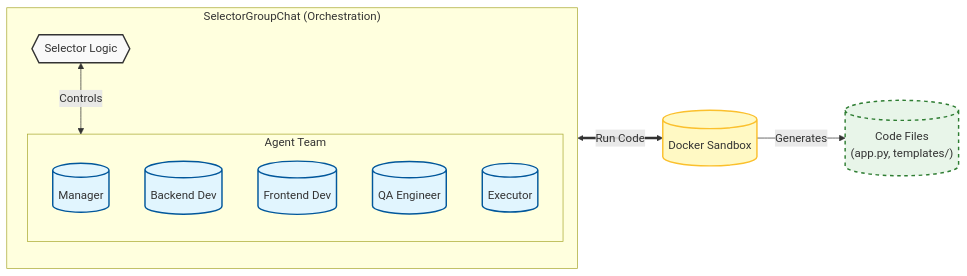
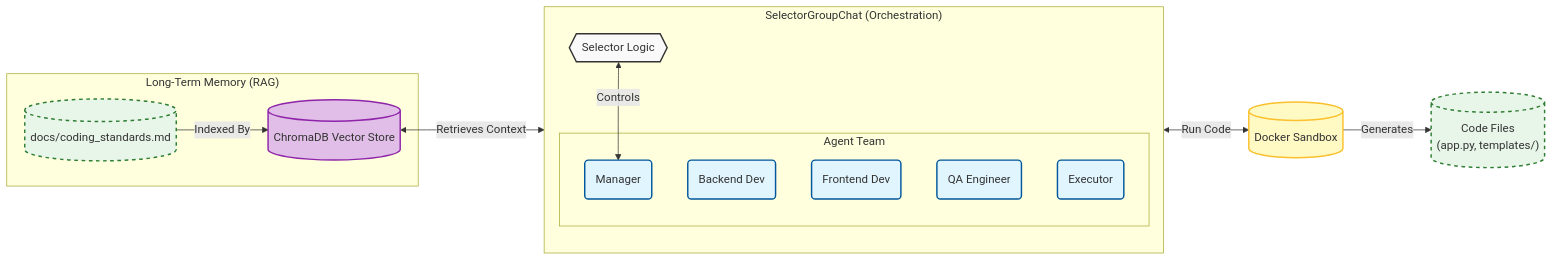
Before and after one commit to anandn1/agentic-devops-sandbox: the diagram in README.md, drawn with Mermaid. The commit also changed other lines of this file, not shown here.

Commit message:
docs: Update README to reflect RAG integration and new Architecture

````diff
--- a/README.md
+++ b/README.md
@@ -17,33 +17,47 @@
 ```mermaid
-    graph LR
-        %% Styles
-        classDef hub fill:#f9f9f9,stroke:#333,stroke-width:2px;
-        classDef agent fill:#e1f5fe,stroke:#01579b,stroke-width:2px;
-        classDef box fill:#fff9c4,stroke:#fbc02d,stroke-width:2px;
-        classDef file fill:#e8f5e9,stroke:#2e7d32,stroke-width:2px,stroke-dasharray: 5 5;
+graph LR
+    %% Styles
+    classDef hub fill:#f9f9f9,stroke:#333,stroke-width:2px;
+    classDef agent fill:#e1f5fe,stroke:#01579b,stroke-width:2px;
+    classDef box fill:#fff9c4,stroke:#fbc02d,stroke-width:2px;
+    classDef db fill:#e1bee7,stroke:#8e24aa,stroke-width:2px;
+    classDef file fill:#e8f5e9,stroke:#2e7d32,stroke-width:2px,stroke-dasharray: 5 5;
 
-        %% Orchestration Layer
-        subgraph GroupChat ["SelectorGroupChat (Orchestration)"]
-            direction TB
-            Selector{{"Selector Logic"}}
-            
-            subgraph Squad ["Agent Team"]
-                Manager[("Manager")]
-                Backend[("Backend Dev")]
-                Frontend[("Frontend Dev")]
-                QA[("QA Engineer")]
-                Executor[("Executor")]
-            end
+    %% Orchestration Layer
+    subgraph GroupChat ["SelectorGroupChat (Orchestration)"]
+        direction TB
+        Selector{{"Selector Logic"}}
+        
+        subgraph Squad ["Agent Team"]
+        
+            Manager("Manager")
+            Backend("Backend Dev")
+            Frontend("Frontend Dev")
+            QA("QA Engineer")
+            Executor("Executor")
         end
+    end
 
-        %% Execution & Output
-        Selector <-->|Controls| Squad
-        Executor <==>|Run Code| Sandbox[("Docker Sandbox")]
-        Sandbox -->|Generates| Artifacts[("Code Files<br/>(app.py, templates/)")]
+    %% RAG System
+    subgraph Memory ["Long-Term Memory (RAG)"]
+        VectorDB[("ChromaDB Vector Store")]
+        Docs[("docs/coding_standards.md")]
+    end
 
-        %% Apply Styles
-        class Selector hub;
-        class Manager,Backend,Frontend,QA,Executor agent;
-        class Sandbox box;
-        class Artifacts file;
+    %% Execution & Output
+    Selector <-->|Controls| Manager
+    Docs -->|Indexed By| VectorDB
+    VectorDB <-->|Retrieves Context| Manager
+    
+    
+    Executor <-->|Run Code| Sandbox[("Docker Sandbox")]
+    
+    Sandbox -->|Generates| Artifacts[("Code Files<br/>(app.py, templates/)")]
+
+    %% Apply Styles
+    class Selector hub;
+    class Manager,Backend,Frontend,QA,Executor agent;
+    class Sandbox box;
+    class VectorDB db;
+    class Docs,Artifacts file;
 ```
````
